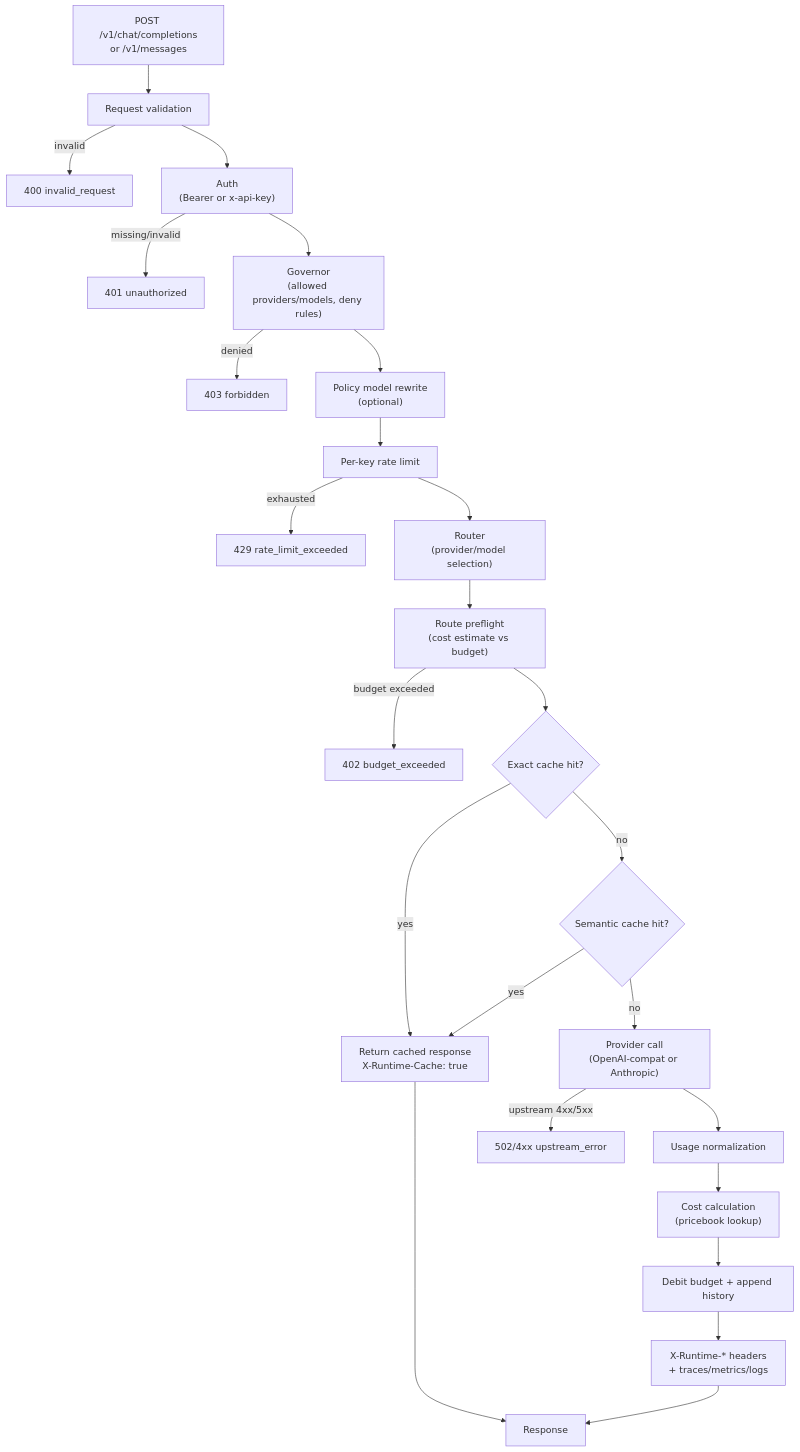
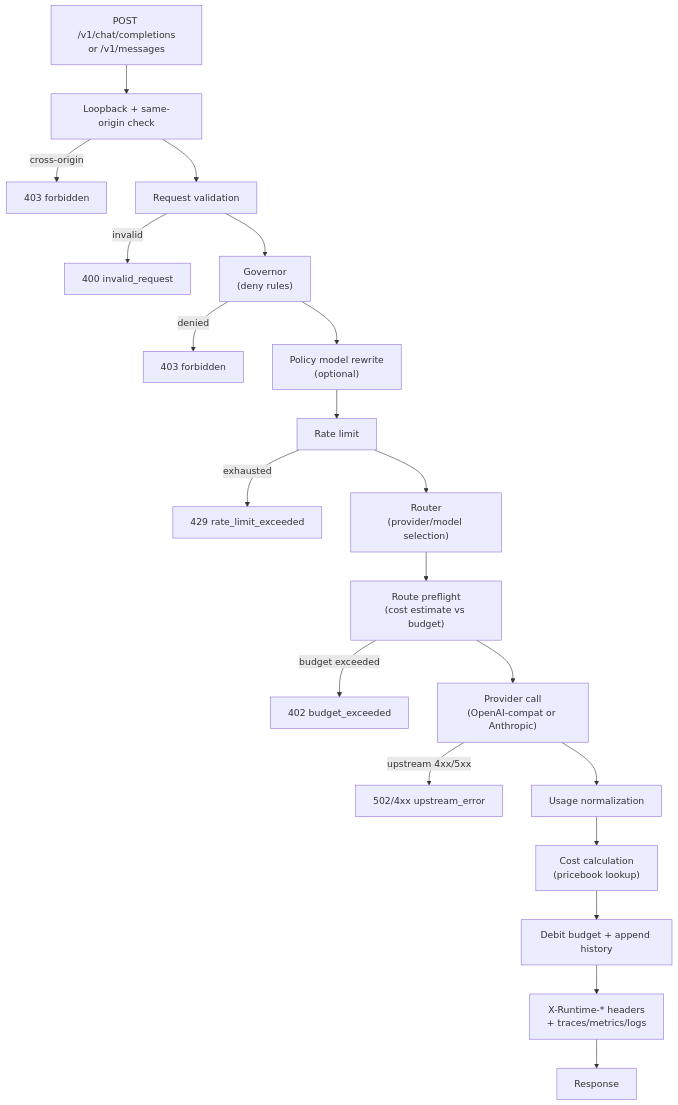
The first of 3 diagrams in docs/architecture.md (hecatehq/hecate), drawn with Mermaid before and after one commit. The commit also changed other lines of this file and 32 other files, not shown here.

````diff
--- a/docs/architecture.md
+++ b/docs/architecture.md
@@ -19,27 +19,22 @@
 ```mermaid
 flowchart TD
-    Caller["POST /v1/chat/completions<br/>or /v1/messages"] --> Validate["Request validation"]
+    Caller["POST /v1/chat/completions<br/>or /v1/messages"] --> SameOrigin["Loopback + same-origin check"]
+    SameOrigin -->|"cross-origin"| ErrOrigin["403 forbidden"]
+    SameOrigin --> Validate["Request validation"]
     Validate -->|"invalid"| ErrInvalid["400 invalid_request"]
-    Validate --> Auth["Auth<br/>(Bearer or x-api-key)"]
-    Auth -->|"missing/invalid"| ErrAuth["401 unauthorized"]
-    Auth --> Governor["Governor<br/>(allowed providers/models, deny rules)"]
+    Validate --> Governor["Governor<br/>(deny rules)"]
     Governor -->|"denied"| ErrDenied["403 forbidden"]
     Governor --> Rewrite["Policy model rewrite<br/>(optional)"]
-    Rewrite --> RateLimit["Per-key rate limit"]
+    Rewrite --> RateLimit["Rate limit"]
     RateLimit -->|"exhausted"| ErrRateLimit["429 rate_limit_exceeded"]
     RateLimit --> Router["Router<br/>(provider/model selection)"]
     Router --> Preflight["Route preflight<br/>(cost estimate vs budget)"]
     Preflight -->|"budget exceeded"| ErrBudget["402 budget_exceeded"]
-    Preflight --> ExactCache{"Exact cache hit?"}
-    ExactCache -->|"yes"| CacheReturn["Return cached response<br/>X-Runtime-Cache: true"]
-    ExactCache -->|"no"| SemanticCache{"Semantic cache hit?"}
-    SemanticCache -->|"yes"| CacheReturn
-    SemanticCache -->|"no"| Provider["Provider call<br/>(OpenAI-compat or Anthropic)"]
+    Preflight --> Provider["Provider call<br/>(OpenAI-compat or Anthropic)"]
     Provider -->|"upstream 4xx/5xx"| ErrUpstream["502/4xx upstream_error"]
     Provider --> Usage["Usage normalization"]
     Usage --> Cost["Cost calculation<br/>(pricebook lookup)"]
     Cost --> RecordUsage["Debit budget + append history"]
     RecordUsage --> Telemetry["X-Runtime-* headers<br/>+ traces/metrics/logs"]
     Telemetry --> Response["Response"]
-    CacheReturn --> Response
 ```
````
